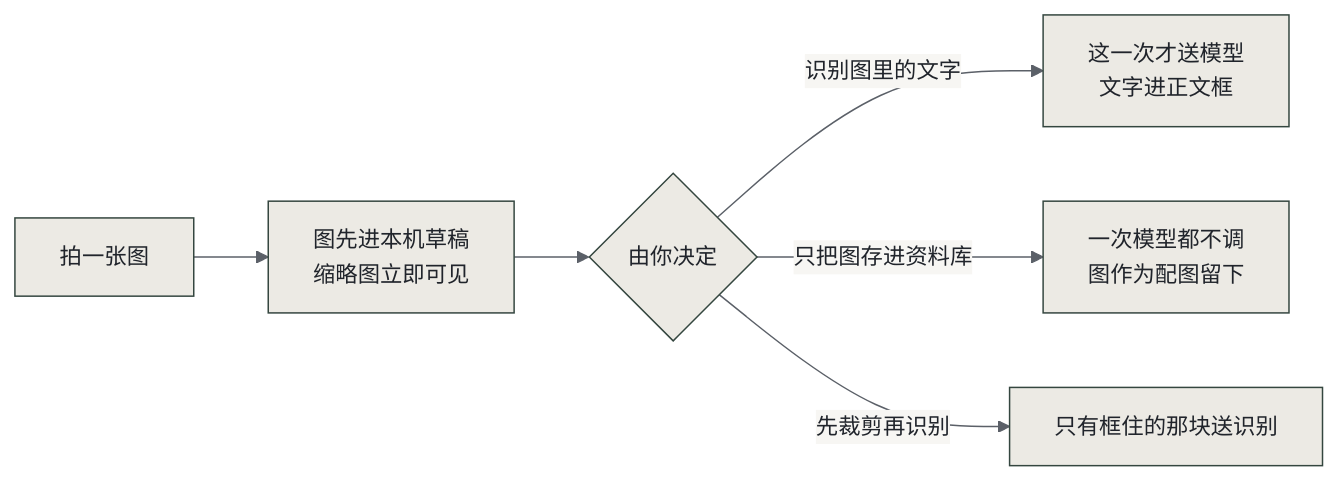
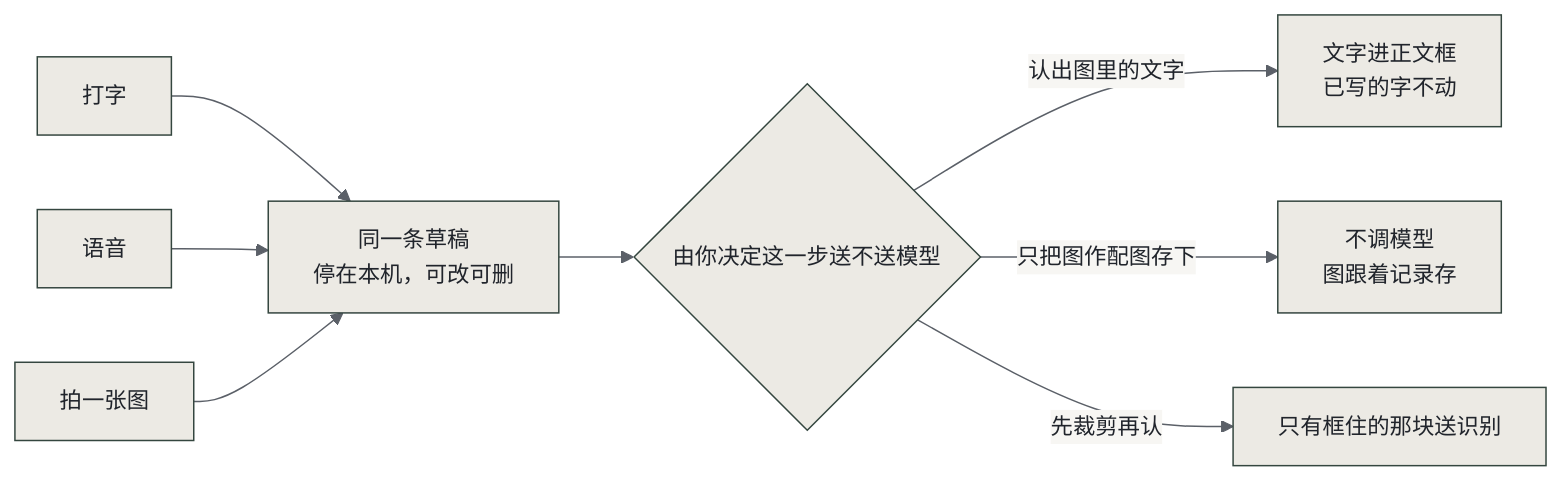
The fourth of 4 diagrams in README.md (larisfavour-lang/personal-ai-hackathon), drawn with Mermaid before and after one commit. The commit also changed other lines of this file, not shown here.

Commit message:
docs: reframe input section as flexible input methods

````diff
--- a/README.md
+++ b/README.md
@@ -111,9 +113,11 @@
 ```mermaid
 %%{init: {"theme":"base","themeVariables":{"background":"#f7f6f3","mainBkg":"#eceae4","primaryColor":"#eceae4","primaryTextColor":"#20242b","primaryBorderColor":"#34463f","secondaryColor":"#eef1ee","secondaryBorderColor":"#8a9a92","tertiaryColor":"#f7f6f3","tertiaryBorderColor":"#d9d6cf","lineColor":"#5b6068","textColor":"#20242b","fontFamily":"PingFang SC, Microsoft YaHei, sans-serif","fontSize":"15px","clusterBkg":"#f7f6f3","clusterBorder":"#d9d6cf","edgeLabelBackground":"#f7f6f3","nodeBorder":"#34463f","actorBkg":"#eceae4","actorBorder":"#34463f","actorTextColor":"#20242b","signalColor":"#5b6068","signalTextColor":"#20242b","noteBkgColor":"#eef1ee","noteTextColor":"#20242b","noteBorderColor":"#8a9a92","labelBoxBkgColor":"#eceae4","labelBoxBorderColor":"#34463f","labelTextColor":"#20242b","sequenceNumberColor":"#f7f6f3","activationBkgColor":"#eef1ee","activationBorderColor":"#8a9a92"}}}%%
 flowchart LR
-  A["拍一张图"] --> B["图先进本机草稿<br/>缩略图立即可见"]
-  B --> C{"由你决定"}
-  C -->|"识别图里的文字"| D["这一次才送模型<br/>文字进正文框"]
-  C -->|"只把图存进资料库"| E["一次模型都不调<br/>图作为配图留下"]
-  C -->|"先裁剪再识别"| F["只有框住的那块送识别"]
+  A["打字"] --> D["同一条草稿<br/>停在本机，可改可删"]
+  B["语音"] --> D
+  C["拍一张图"] --> D
+  D --> E{"由你决定这一步送不送模型"}
+  E -->|"认出图里的文字"| F["文字进正文框<br/>已写的字不动"]
+  E -->|"只把图作配图存下"| G["不调模型<br/>图跟着记录存"]
+  E -->|"先裁剪再认"| H["只有框住的那块送识别"]
 ```
````
